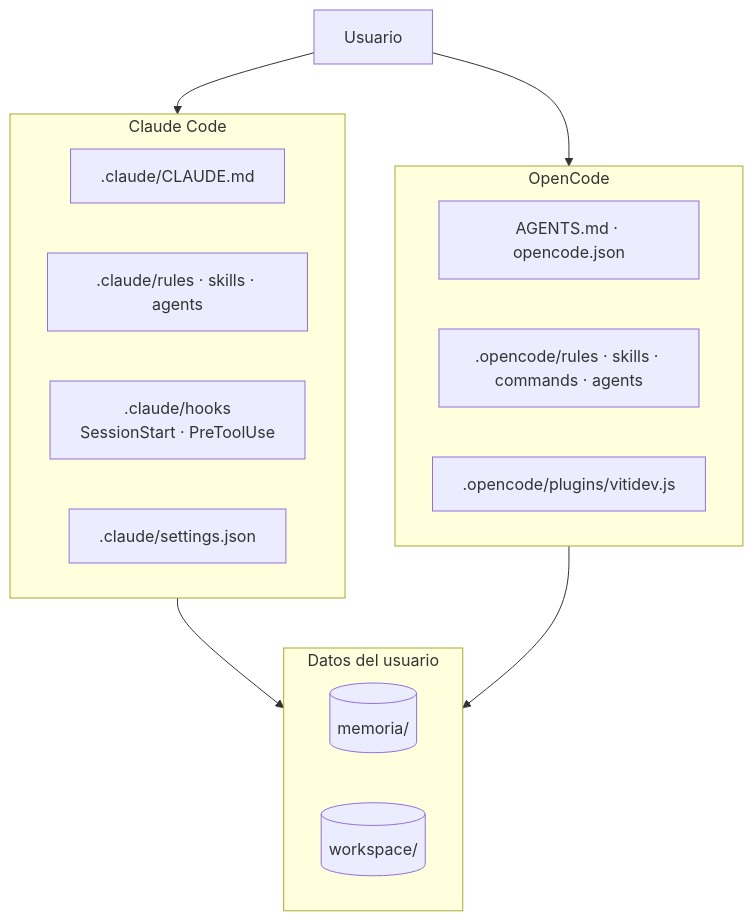
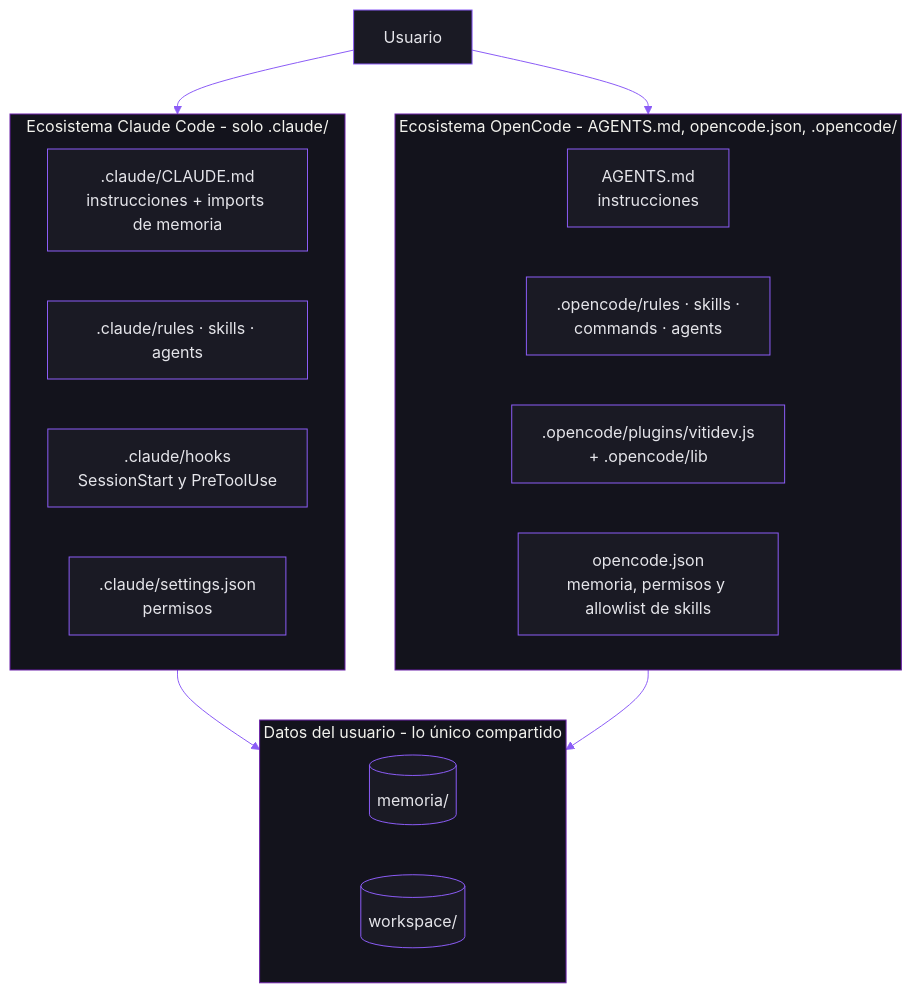
Before and after one commit to VITIDEV06/VITIDEV-OS-AI: the first of 8 diagrams in README.md, drawn with Mermaid. The commit also changed other lines of this file, not shown here.

````diff
--- a/README.md
+++ b/README.md
@@ -55,23 +169,28 @@
 ```mermaid
+%%{init: {'theme':'base','themeVariables':{'primaryColor':'#1a1a24','primaryTextColor':'#E5E5EA','primaryBorderColor':'#8B5CF6','lineColor':'#8B5CF6','secondaryColor':'#1E3A8A','tertiaryColor':'#0D0D12','clusterBkg':'#13131c','clusterBorder':'#6B21A8','fontFamily':'Segoe UI, Arial'}}}%%
 flowchart TB
     U["Usuario"]
-    subgraph CC["Claude Code"]
-        C1[".claude/CLAUDE.md"]
+
+    subgraph CLAUDE["Ecosistema Claude Code - solo .claude/"]
+        C1[".claude/CLAUDE.md<br/>instrucciones + imports de memoria"]
         C2[".claude/rules · skills · agents"]
-        C3[".claude/hooks<br/>SessionStart · PreToolUse"]
-        C4[".claude/settings.json"]
+        C3[".claude/hooks<br/>SessionStart y PreToolUse"]
+        C4[".claude/settings.json<br/>permisos"]
     end
-    subgraph OC["OpenCode"]
-        O1["AGENTS.md · opencode.json"]
-        O2[".opencode/rules · skills · commands · agents"]
-        O3[".opencode/plugins/vitidev.js"]
+
+    subgraph OPEN["Ecosistema OpenCode - AGENTS.md, opencode.json, .opencode/"]
+        O1["AGENTS.md<br/>instrucciones"]
+        O2[".opencode/rules · skills ·<br/>commands · agents"]
+        O3[".opencode/plugins/vitidev.js<br/>+ .opencode/lib"]
+        O4["opencode.json<br/>memoria, permisos y allowlist de skills"]
     end
-    subgraph D["Datos del usuario"]
-        M[("memoria/")]
-        W[("workspace/")]
+
+    subgraph DATOS["Datos del usuario - lo único compartido"]
+        ME[("memoria/")]
+        WS[("workspace/")]
     end
-    U --> CC
-    U --> OC
-    CC --> D
-    OC --> D
+
+    U --> CLAUDE & OPEN
+    CLAUDE --> DATOS
+    OPEN --> DATOS
 ```
````
